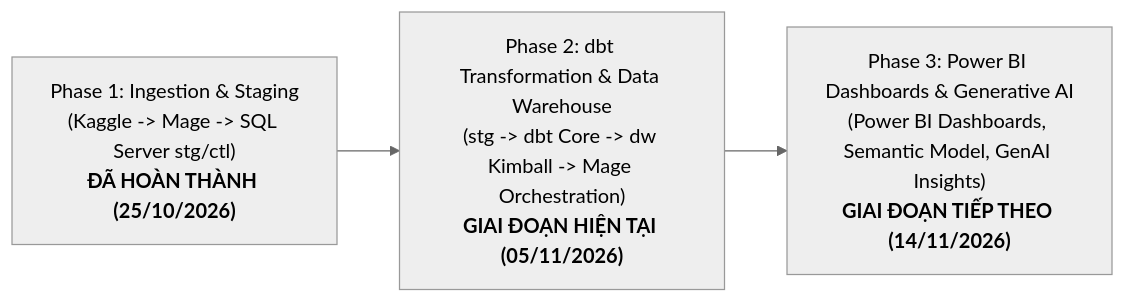
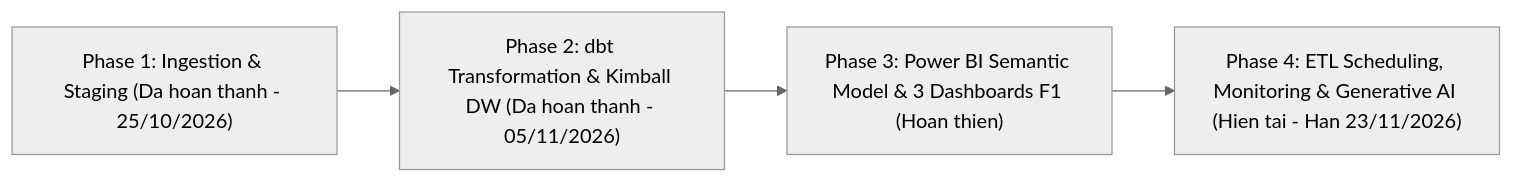
One commit to Truc54/MiniProjectBI changed the diagram in plans/README.md. Above: the diagram before and after it, drawn with Mermaid (neutral theme). The commit also changed other lines of this file and 5 other files, not shown here.

Commit message:
docs(plans): add Phase 4 lean independent plans for GenAI, ETL scheduling, monitoring, and QA

````diff
--- a/plans/README.md
+++ b/plans/README.md
@@ -13,8 +13,9 @@
 ```mermaid
 flowchart LR
-    P1["Phase 1: Ingestion & Staging<br/>(Kaggle -> Mage -> SQL Server stg/ctl)<br/><b>ĐÃ HOÀN THÀNH (25/10/2026)</b>"]
-    P2["Phase 2: dbt Transformation & Data Warehouse<br/>(stg -> dbt Core -> dw Kimball -> Mage Orchestration)<br/><b>GIAI ĐOẠN HIỆN TẠI (05/11/2026)</b>"]
-    P3["Phase 3: Power BI Dashboards & Generative AI<br/>(Power BI Dashboards, Semantic Model, GenAI Insights)<br/><b>GIAI ĐOẠN TIẾP THEO (14/11/2026)</b>"]
+    P1["Phase 1: Ingestion & Staging (Da hoan thanh - 25/10/2026)"]
+    P2["Phase 2: dbt Transformation & Kimball DW (Da hoan thanh - 05/11/2026)"]
+    P3["Phase 3: Power BI Semantic Model & 3 Dashboards F1 (Hoan thien)"]
+    P4["Phase 4: ETL Scheduling, Monitoring & Generative AI (Hien tai - Han 23/11/2026)"]
 
-    P1 --> P2 --> P3
+    P1 --> P2 --> P3 --> P4
 ```
````
